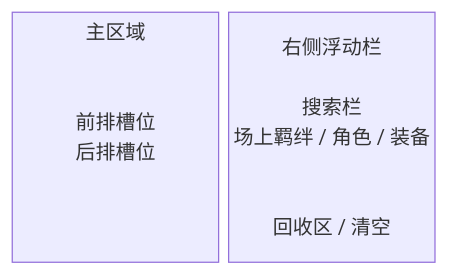
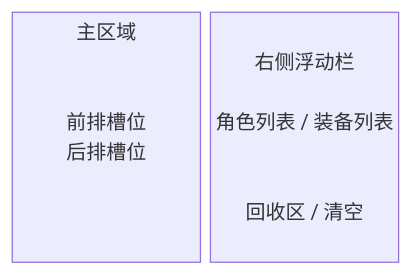
The second of 2 diagrams in README.md (PoinTSHine/HSR_CW_NetWork), drawn with Mermaid before and after one commit. The commit also changed other lines of this file and 4 other files, not shown here.

````diff
--- a/README.md
+++ b/README.md
@@ -113,6 +113,6 @@
 ```mermaid
 block-beta
-  columns 3
+  columns 2
   main["主区域\n\n\n前排槽位\n后排槽位\n\n\n\n"]
-  right["右侧浮动栏\n\n搜索栏\n场上羁绊 / 角色 / 装备\n\n\n回收区 / 清空"]
+  right["右侧浮动栏\n\n角色列表 / 装备列表\n\n\n回收区 / 清空"]
 ```
````
